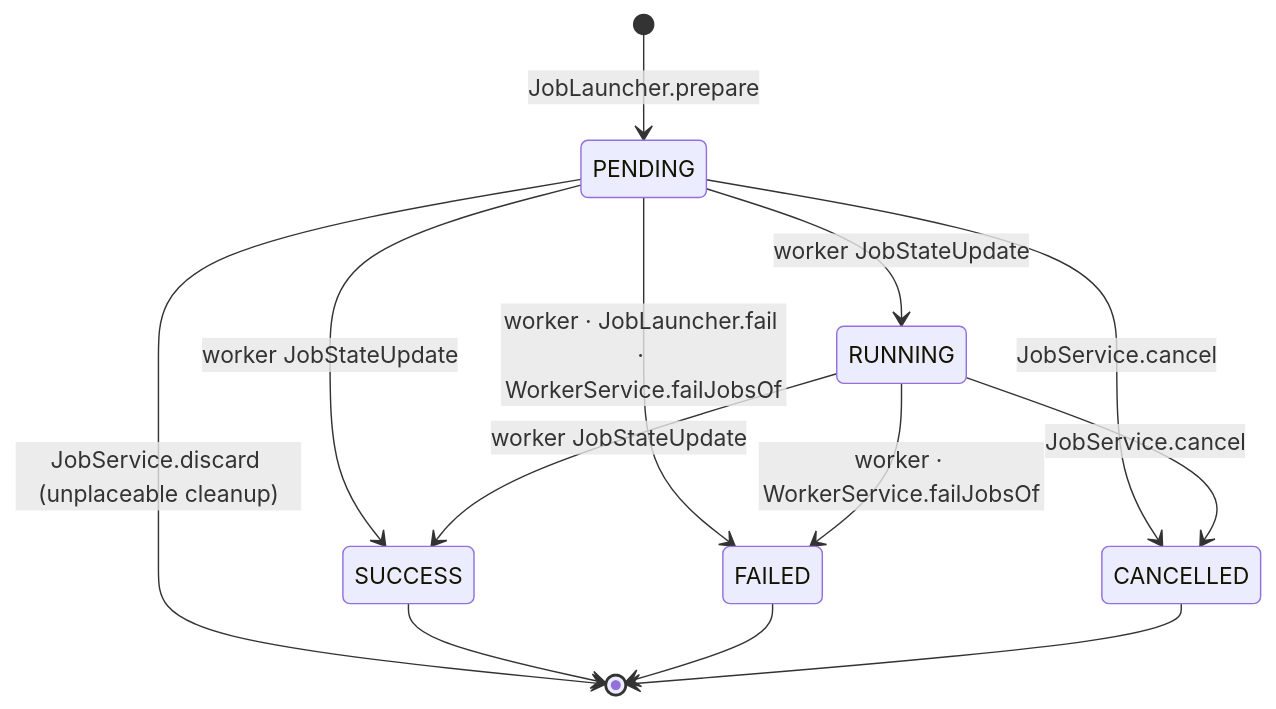
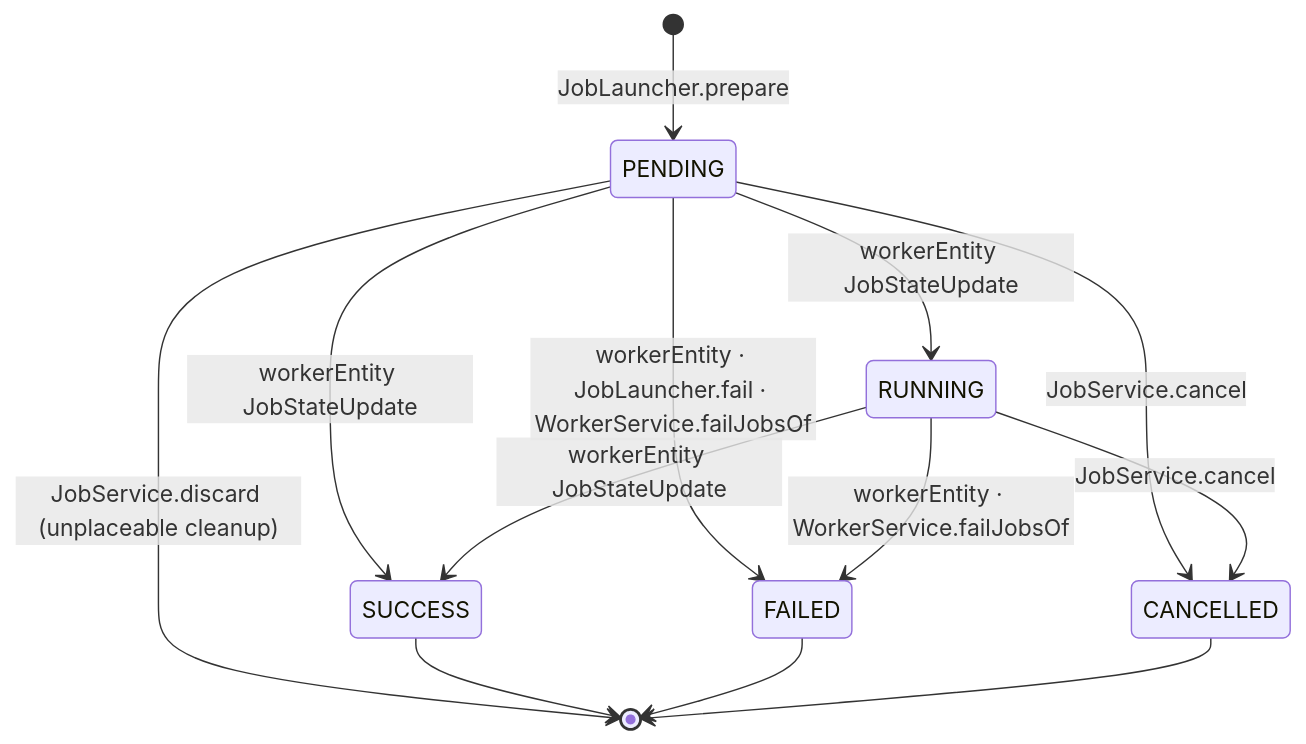
Before and after one commit to iceBear67/prts-central: the third of 3 diagrams in agent-docs/job-lifecycle.md, drawn with Mermaid. The commit also changed other lines of this file and 51 other files, not shown here.

````diff
--- a/agent-docs/job-lifecycle.md
+++ b/agent-docs/job-lifecycle.md
@@ -89,15 +89,15 @@
 ```mermaid
 stateDiagram-v2
     [*] --> PENDING: JobLauncher.prepare
-    PENDING --> RUNNING: worker JobStateUpdate
-    PENDING --> SUCCESS: worker JobStateUpdate
-    PENDING --> FAILED: worker · JobLauncher.fail · WorkerService.failJobsOf
+    PENDING --> RUNNING: workerEntity JobStateUpdate
+    PENDING --> SUCCESS: workerEntity JobStateUpdate
+    PENDING --> FAILED: workerEntity · JobLauncher.fail · WorkerService.failJobsOf
     PENDING --> CANCELLED: JobService.cancel
     PENDING --> [*]: JobService.discard (unplaceable cleanup)
-    RUNNING --> SUCCESS: worker JobStateUpdate
-    RUNNING --> FAILED: worker · WorkerService.failJobsOf
+    RUNNING --> SUCCESS: workerEntity JobStateUpdate
+    RUNNING --> FAILED: workerEntity · WorkerService.failJobsOf
     RUNNING --> CANCELLED: JobService.cancel
     SUCCESS --> [*]
     FAILED --> [*]
     CANCELLED --> [*]
 ```
````
